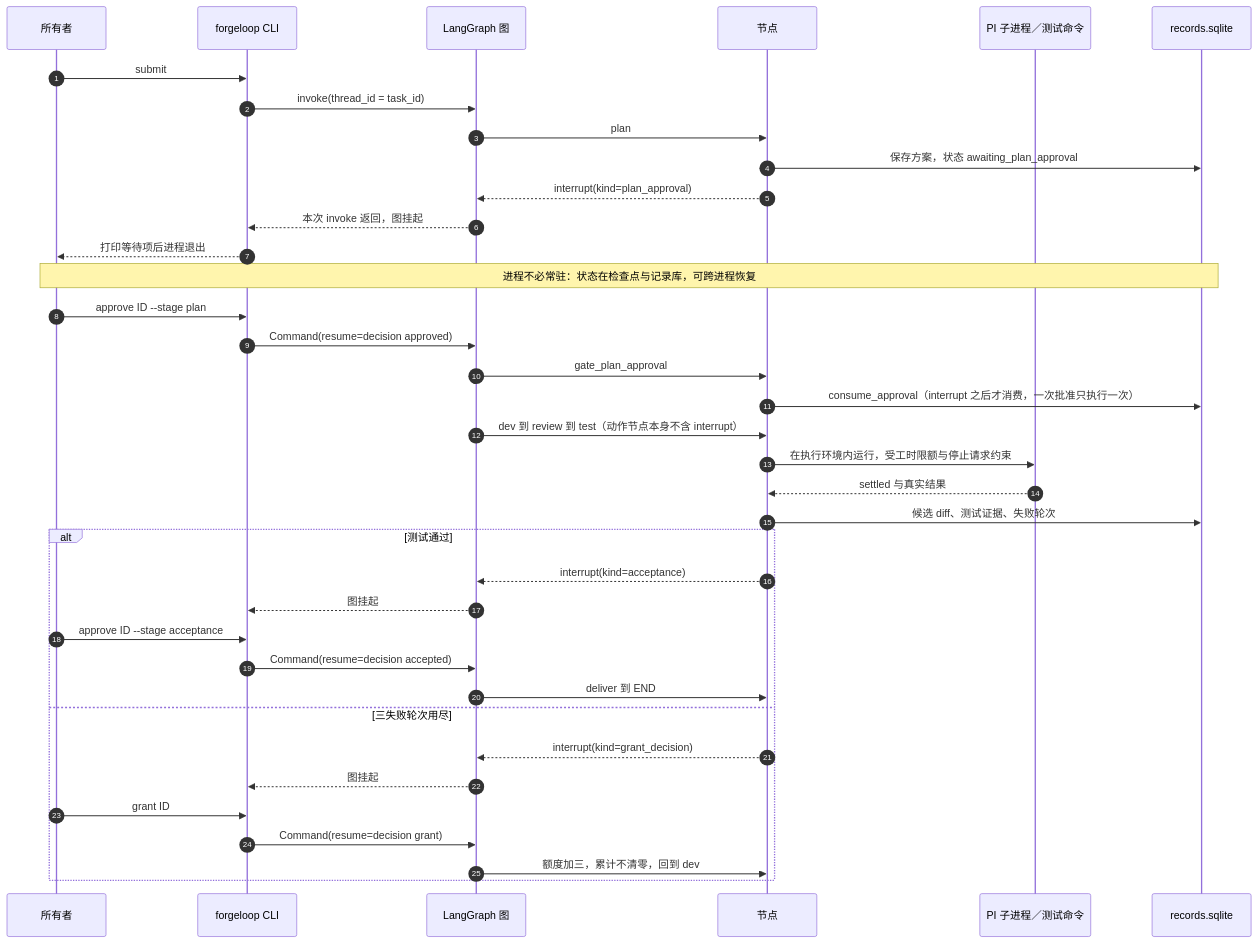
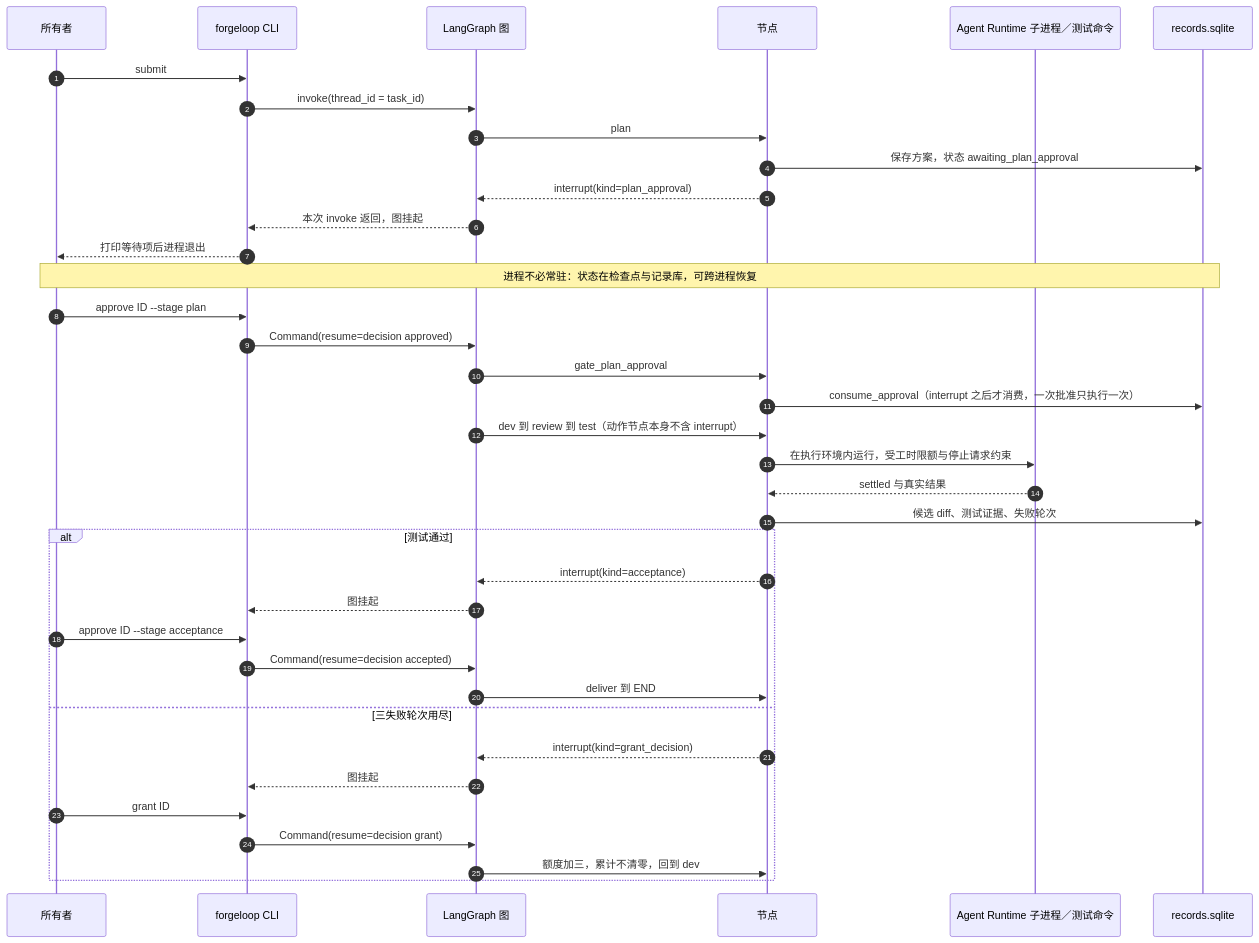
The fourth of 9 diagrams in docs/architecture.md (Lijiajin95/ForgeLoop), drawn with Mermaid before and after one commit. The commit also changed other lines of this file and 40 other files, not shown here.

First line of the commit message:
feat(runtime): 接入 DSH 并支持 Agent Runtime 热切换

````diff
--- a/docs/architecture.md
+++ b/docs/architecture.md
@@ -192,40 +198,40 @@
 ```mermaid
 sequenceDiagram
   autonumber
   participant U as 所有者
   participant CLI as forgeloop CLI
   participant G as LangGraph 图
   participant N as 节点
-  participant X as PI 子进程／测试命令
+  participant X as Agent Runtime 子进程／测试命令
   participant R as records.sqlite
 
   U->>CLI: submit
   CLI->>G: invoke(thread_id = task_id)
   G->>N: plan
   N->>R: 保存方案，状态 awaiting_plan_approval
   N-->>G: interrupt(kind=plan_approval)
   G-->>CLI: 本次 invoke 返回，图挂起
   CLI-->>U: 打印等待项后进程退出
   Note over U,R: 进程不必常驻：状态在检查点与记录库，可跨进程恢复
   U->>CLI: approve ID --stage plan
   CLI->>G: Command(resume=decision approved)
   G->>N: gate_plan_approval
   N->>R: consume_approval（interrupt 之后才消费，一次批准只执行一次）
   G->>N: dev 到 review 到 test（动作节点本身不含 interrupt）
   N->>X: 在执行环境内运行，受工时限额与停止请求约束
   X-->>N: settled 与真实结果
   N->>R: 候选 diff、测试证据、失败轮次
   alt 测试通过
     N-->>G: interrupt(kind=acceptance)
     G-->>CLI: 图挂起
     U->>CLI: approve ID --stage acceptance
     CLI->>G: Command(resume=decision accepted)
     G->>N: deliver 到 END
   else 三失败轮次用尽
     N-->>G: interrupt(kind=grant_decision)
     G-->>CLI: 图挂起
     U->>CLI: grant ID
     CLI->>G: Command(resume=decision grant)
     G->>N: 额度加三，累计不清零，回到 dev
   end
 ```
````
